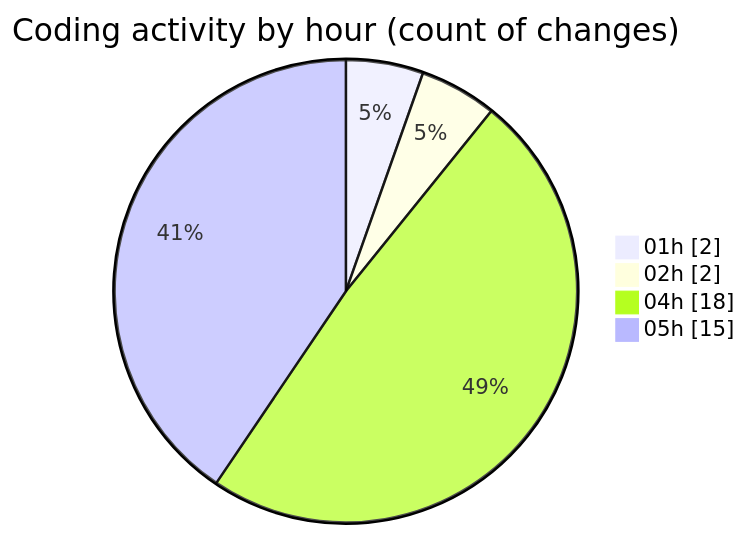
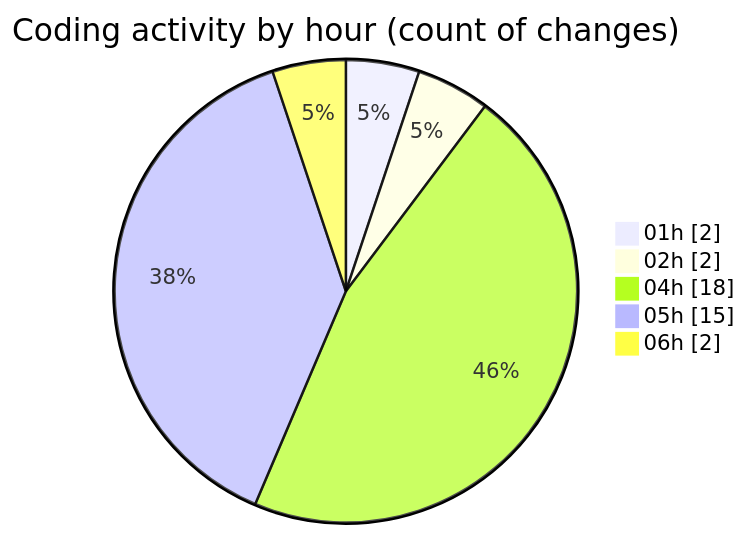
Before and after one commit to tmsrecording-cyber/code-tracking: the second of 2 diagrams in 2026-02-05/singularitybrainai/README.md, drawn with Mermaid. The commit also changed other lines of this file and 1 other file, not shown here.

````diff
--- a/2026-02-05/singularitybrainai/README.md
+++ b/2026-02-05/singularitybrainai/README.md
@@ -31,8 +33,9 @@
 ```mermaid
 pie showData
 title Coding activity by hour (count of changes)
 "01h" : 2
 "02h" : 2
 "04h" : 18
 "05h" : 15
+"06h" : 2
 ```
````
